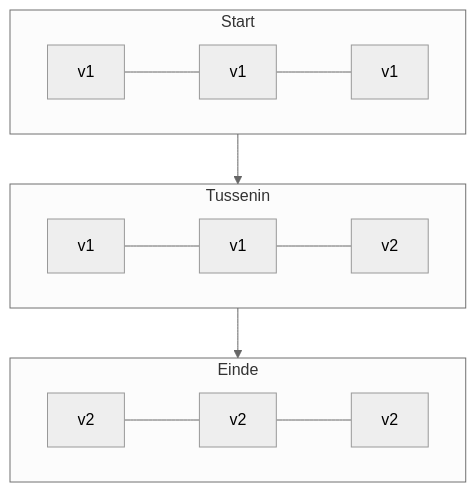
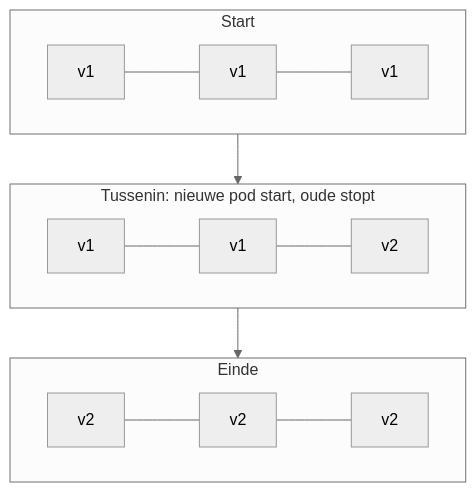
One commit to MilanVives/DevOps-Cloud changed the sixth of 13 diagrams in 06-Kubernetes/6b-kubernetes-fundamentals.md. Above: the diagram before and after it, drawn with Mermaid (neutral theme). The commit also changed 23 other files, not shown here.

First line of the commit message:
Add 6b and 6c slide decks with diagrams

````diff
--- a/06-Kubernetes/6b-kubernetes-fundamentals.md
+++ b/06-Kubernetes/6b-kubernetes-fundamentals.md
@@ -254,13 +254,16 @@
 ```mermaid
 graph TB
     subgraph T1["Start"]
+        direction LR
         a1[v1] --- a2[v1] --- a3[v1]
     end
-    subgraph T2["Tussenin"]
+    subgraph T2["Tussenin: nieuwe pod start, oude stopt"]
+        direction LR
         b1[v1] --- b2[v1] --- b3[v2]
     end
     subgraph T3["Einde"]
+        direction LR
         c1[v2] --- c2[v2] --- c3[v2]
     end
     T1 --> T2 --> T3
 ```
````
